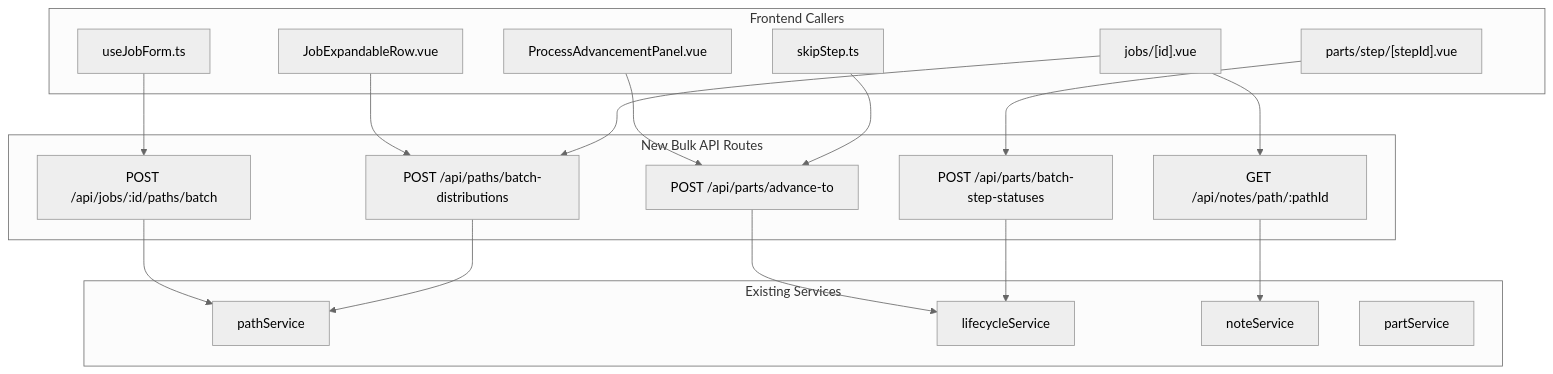
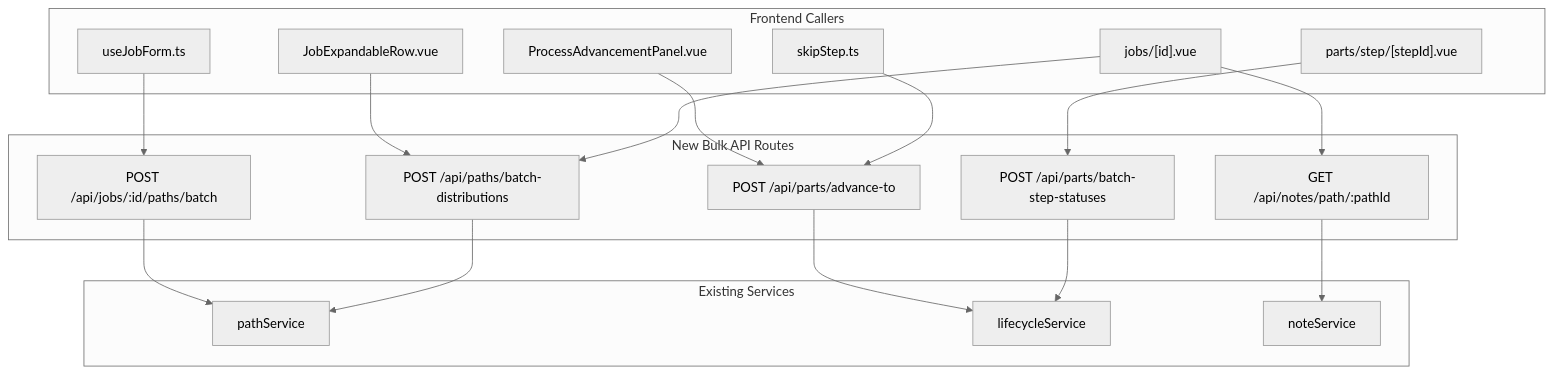
One commit to XanderLuciano/shop-planr changed the diagram in .kiro/specs/bulk-api-endpoints/design.md. Above: the diagram before and after it, drawn with Mermaid (neutral theme). The commit also changed other lines of this file, not shown here.

Commit message:
chore: fix import path depth in batch route and remove unused partService from diagram

````diff
--- a/.kiro/specs/bulk-api-endpoints/design.md
+++ b/.kiro/specs/bulk-api-endpoints/design.md
@@ -11,35 +11,34 @@
 ```mermaid
 graph TD
     subgraph "Frontend Callers"
         JF[useJobForm.ts]
         PAP[ProcessAdvancementPanel.vue]
         SS[skipStep.ts]
         JD["jobs/[id].vue"]
         SV["parts/step/[stepId].vue"]
         JER[JobExpandableRow.vue]
     end
 
     subgraph "New Bulk API Routes"
         BPO["POST /api/jobs/:id/paths/batch"]
         BAT["POST /api/parts/advance-to"]
         BNP["GET /api/notes/path/:pathId"]
         BSS["POST /api/parts/batch-step-statuses"]
         BPD["POST /api/paths/batch-distributions"]
     end
 
     subgraph "Existing Services"
         PS[pathService]
         LS[lifecycleService]
         NS[noteService]
-        PAS[partService]
     end
 
     JF --> BPO --> PS
     PAP --> BAT --> LS
     SS --> BAT
     JD --> BNP --> NS
     SV --> BSS --> LS
     JER --> BPD --> PS
     JD --> BPD
 
 ```
````
